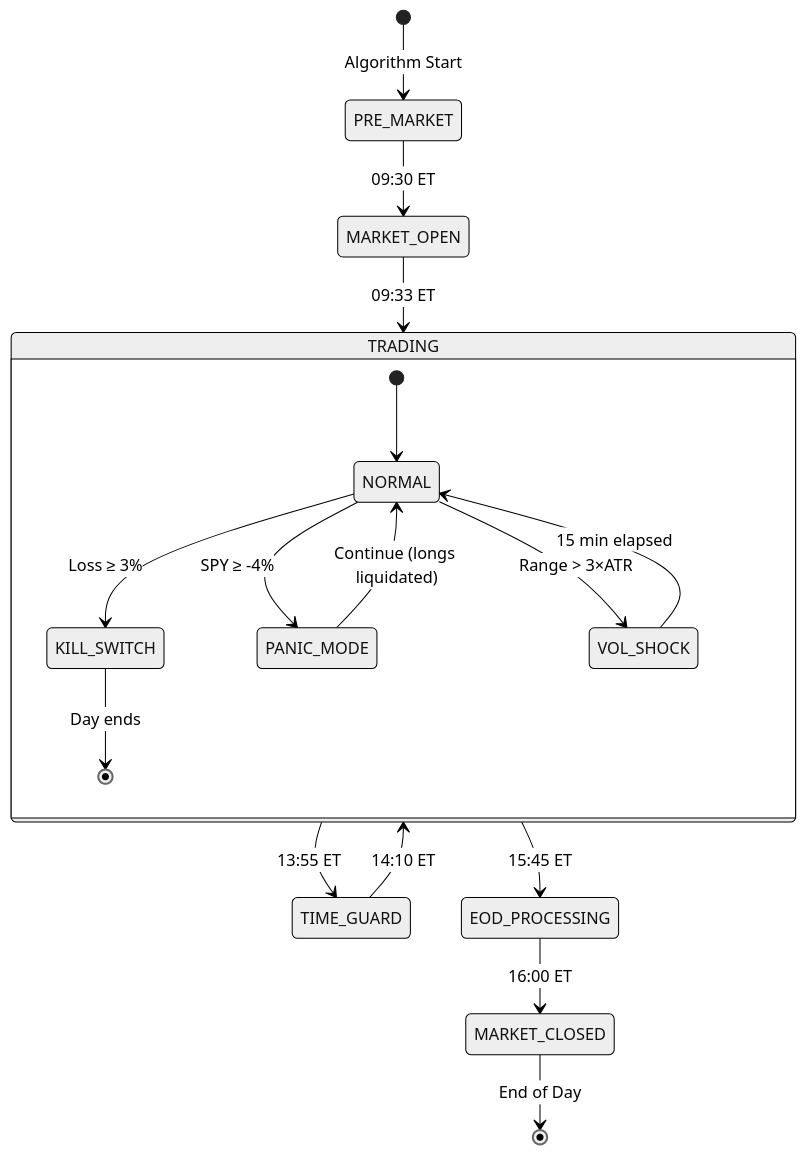
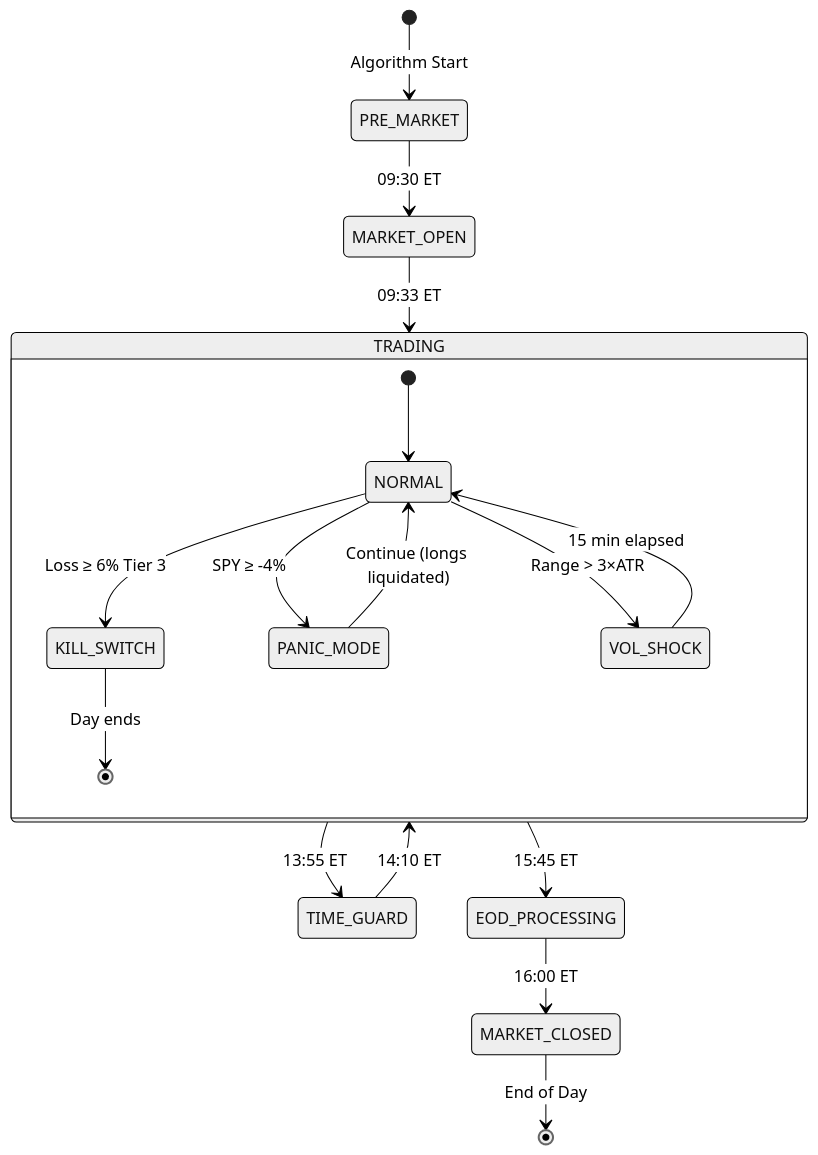
One commit to vickdavinci/alpha-nextgen-v2-private changed the second of 3 diagrams in docs/system/14-daily-operations.md. Above: the diagram before and after it, drawn with Mermaid (neutral theme). The commit also changed other lines of this file and 17 other files, not shown here.

````diff
--- a/docs/system/14-daily-operations.md
+++ b/docs/system/14-daily-operations.md
@@ -422,27 +418,27 @@
 ```mermaid
 stateDiagram-v2
     [*] --> PRE_MARKET: Algorithm Start
     
     PRE_MARKET --> MARKET_OPEN: 09:30 ET
     
     MARKET_OPEN --> TRADING: 09:33 ET
     
     TRADING --> TIME_GUARD: 13:55 ET
     TIME_GUARD --> TRADING: 14:10 ET
     
     TRADING --> EOD_PROCESSING: 15:45 ET
     
     EOD_PROCESSING --> MARKET_CLOSED: 16:00 ET
     
     MARKET_CLOSED --> [*]: End of Day
     
     state TRADING {
         [*] --> NORMAL
-        NORMAL --> KILL_SWITCH: Loss ≥ 3%
+        NORMAL --> KILL_SWITCH: Loss ≥ 6% Tier 3
         NORMAL --> PANIC_MODE: SPY ≥ -4%
         NORMAL --> VOL_SHOCK: Range > 3×ATR
         VOL_SHOCK --> NORMAL: 15 min elapsed
         KILL_SWITCH --> [*]: Day ends
         PANIC_MODE --> NORMAL: Continue (longs liquidated)
     }
 ```
````
